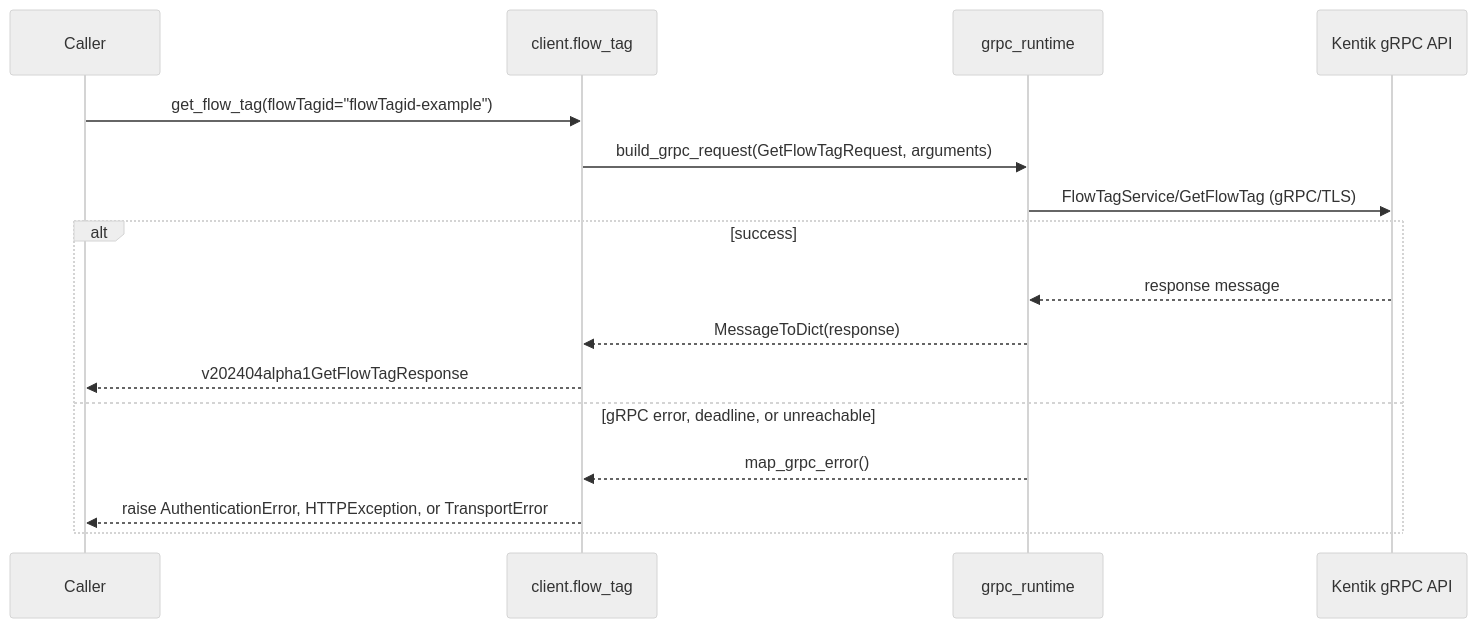
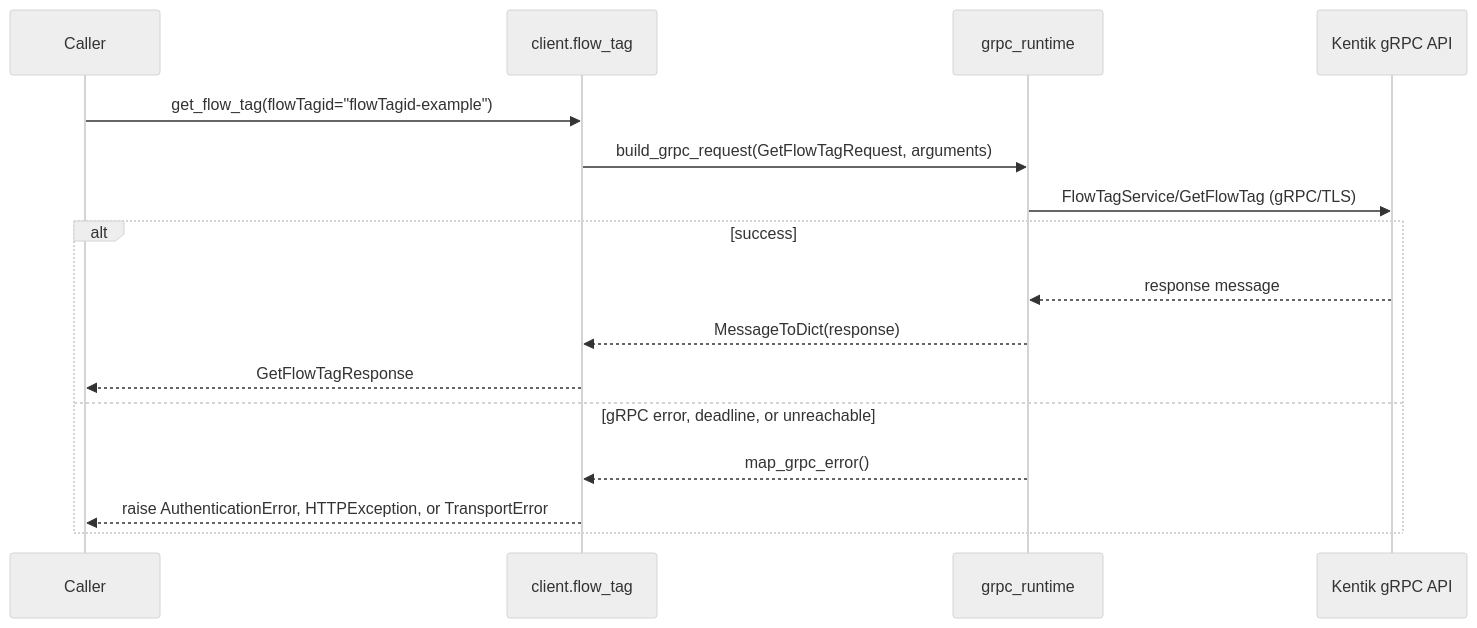
Before and after one commit to alexdearaujo/community_sdk_python: the seventh of 12 diagrams in docs/sphinx/services/flow_tag.md, drawn with Mermaid (neutral theme). The commit also changed other lines of this file and 38 other files, not shown here.

````diff
--- a/docs/sphinx/services/flow_tag.md
+++ b/docs/sphinx/services/flow_tag.md
@@ -213,19 +213,19 @@
 ```mermaid
 sequenceDiagram
     participant C as Caller
     participant W as client.flow_tag
     participant R as grpc_runtime
     participant API as Kentik gRPC API
 
     C->>W: get_flow_tag(flowTagid="flowTagid-example")
     W->>R: build_grpc_request(GetFlowTagRequest, arguments)
     R->>API: FlowTagService/GetFlowTag (gRPC/TLS)
     alt success
         API-->>R: response message
         R-->>W: MessageToDict(response)
-        W-->>C: v202404alpha1GetFlowTagResponse
+        W-->>C: GetFlowTagResponse
     else gRPC error, deadline, or unreachable
         R-->>W: map_grpc_error()
         W-->>C: raise AuthenticationError, HTTPException, or TransportError
     end
 ```
````
